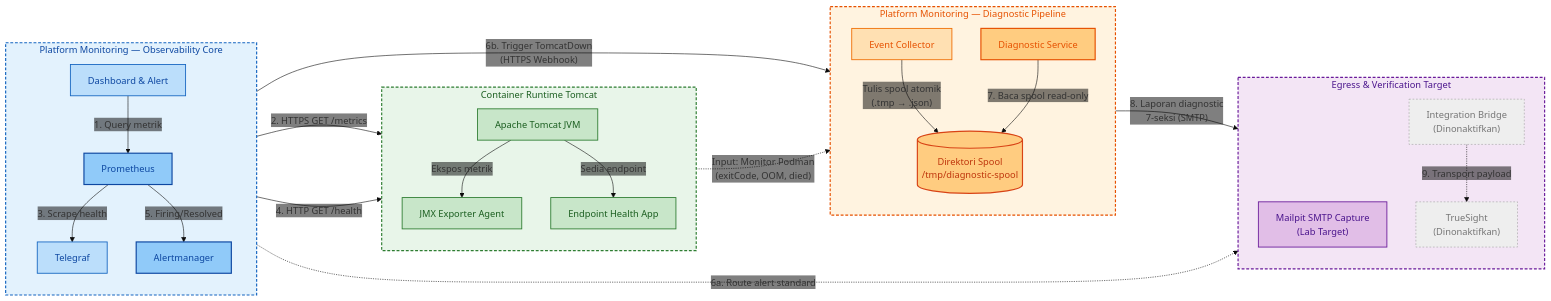
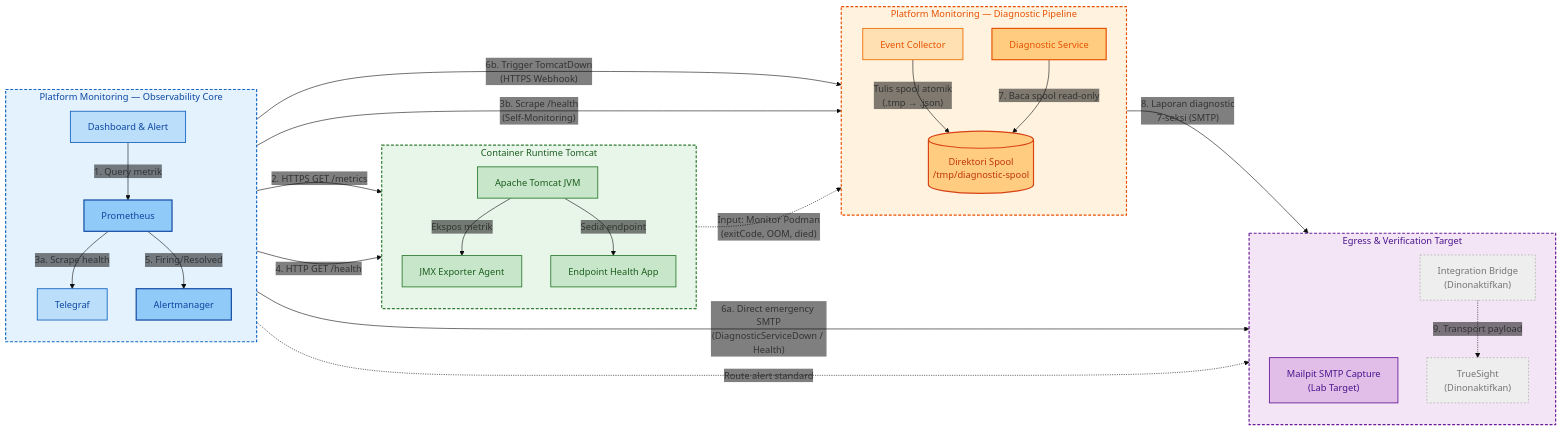
Before and after one commit to edkas07-oss/devops-handbook: the first of 3 diagrams in docs/projects/tomcat-monitoring/architecture/index.md, drawn with Mermaid. The commit also changed other lines of this file and 2 other files, not shown here.

Commit message:
docs(tomcat-monitoring): update architecture, development, and infrastructure current-state specifications

```diff
--- a/docs/projects/tomcat-monitoring/architecture/index.md
+++ b/docs/projects/tomcat-monitoring/architecture/index.md
@@ -52,7 +52,7 @@
         DB -->|"1. Query metrik"| PM
         PM -->|"2. HTTPS GET /metrics"| JM
         TG -->|"4. HTTP GET /health"| APP
-        PM -->|"3. Scrape health"| TG
+        PM -->|"3a. Scrape health"| TG
         PM -->|"5. Firing/Resolved"| AM
     end
 
@@ -66,6 +66,7 @@
         TC -.->|"Input: Monitor Podman<br/>(exitCode, OOM, died)"| EC
         EC -->|"Tulis spool atomik<br/>(.tmp → .json)"| SPL
         AM -->|"6b. Trigger TomcatDown<br/>(HTTPS Webhook)"| DS
+        PM -->|"3b. Scrape /health<br/>(Self-Monitoring)"| DS
         DS -->|"7. Baca spool read-only"| SPL
     end
 
@@ -76,7 +77,8 @@
         BR["Integration Bridge<br/>(Dinonaktifkan)"]
         TS["TrueSight<br/>(Dinonaktifkan)"]
 
-        AM -.->|"6a. Route alert standard"| BR
+        AM -->|"6a. Direct emergency SMTP<br/>(DiagnosticServiceDown / Health)"| NC
+        AM -.->|"Route alert standard"| BR
         BR -.->|"9. Transport payload"| TS
         DS -->|"8. Laporan diagnostic<br/>7-seksi (SMTP)"| NC
     end
```
